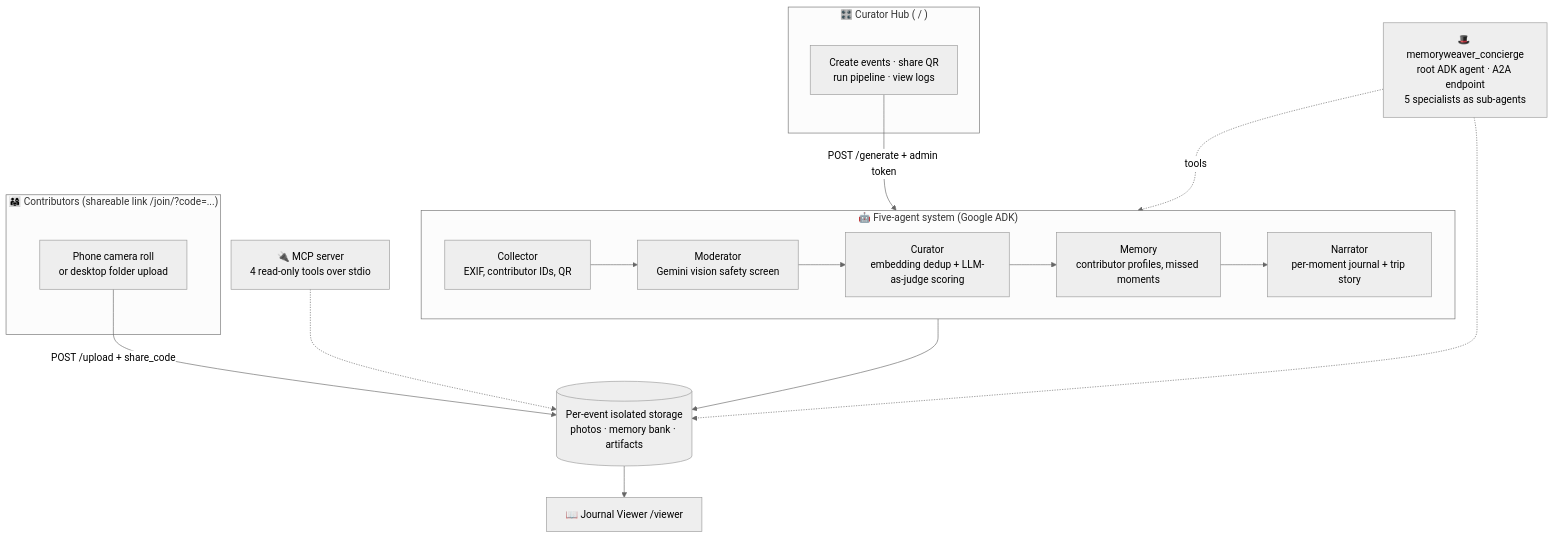
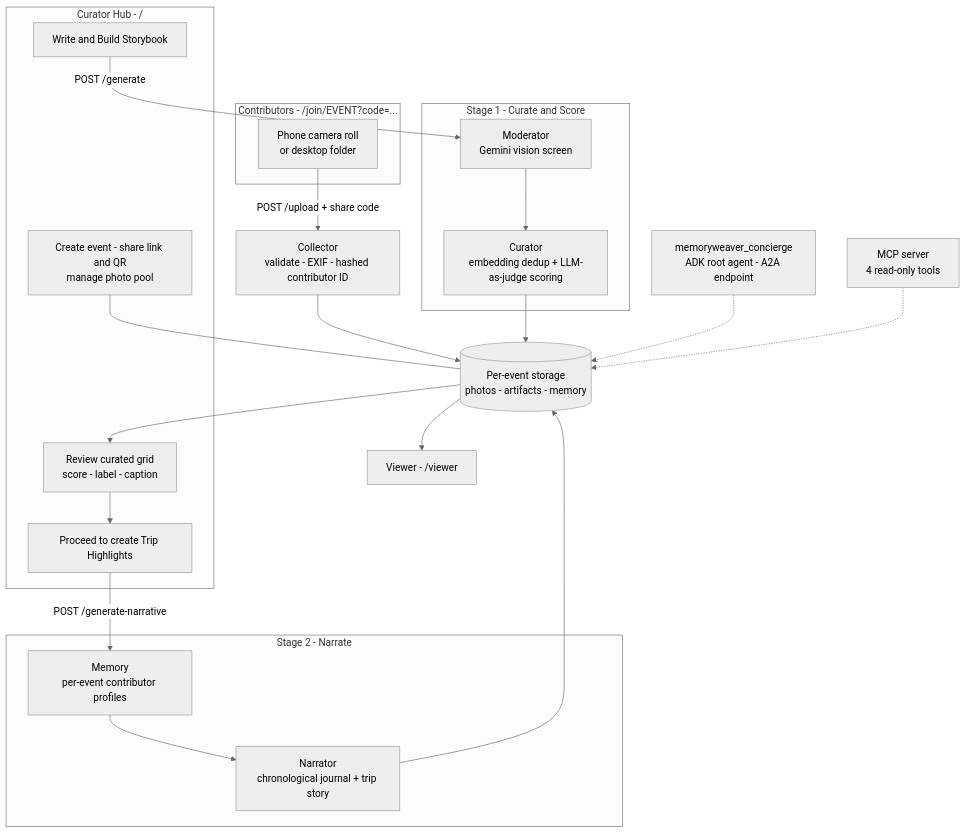
One commit to MysticRuse/MemoryWeaver changed the diagram in README.md. Above: the diagram before and after it, drawn with Mermaid (neutral theme). The commit also changed other lines of this file and 2 other files, not shown here.

First line of the commit message:
Rewrite README to match the current code

````diff
--- a/README.md
+++ b/README.md
@@ -15,32 +23,38 @@
 ```mermaid
 flowchart TD
-    subgraph Contributors["👨‍👩‍👧 Contributors (shareable link /join/<event>?code=...)"]
-        C1[Phone camera roll<br/>or desktop folder upload]
+    subgraph Contributors["Contributors - /join/EVENT?code=..."]
+        C1[Phone camera roll<br/>or desktop folder]
     end
 
-    subgraph Admin["🎛️ Curator Hub ( / )"]
-        A1[Create events · share QR<br/>run pipeline · view logs]
+    COL[Collector<br/>validate - EXIF - hashed contributor ID]
+    STORE[(Per-event storage<br/>photos - artifacts - memory)]
+
+    subgraph Hub["Curator Hub - /"]
+        H1[Create event - share link and QR<br/>manage photo pool]
+        H2[Write and Build Storybook]
+        H3[Review curated grid<br/>score - label - caption]
+        H4[Proceed to create Trip Highlights]
     end
 
-    subgraph Agents["🤖 Five-agent system (Google ADK)"]
-        COL[Collector<br/>EXIF, contributor IDs, QR]
-        MOD[Moderator<br/>Gemini vision safety screen]
+    subgraph S1["Stage 1 - Curate and Score"]
+        MOD[Moderator<br/>Gemini vision screen]
         CUR[Curator<br/>embedding dedup + LLM-as-judge scoring]
-        MEM[Memory<br/>contributor profiles, missed moments]
-        NAR[Narrator<br/>per-moment journal + trip story]
-        COL --> MOD --> CUR --> MEM --> NAR
     end
 
-    CONC[🎩 memoryweaver_concierge<br/>root ADK agent · A2A endpoint<br/>5 specialists as sub-agents]
-    MCP[🔌 MCP server<br/>4 read-only tools over stdio]
-    STORE[(Per-event isolated storage<br/>photos · memory bank · artifacts)]
-    VIEW[📖 Journal Viewer /viewer]
+    subgraph S2["Stage 2 - Narrate"]
+        MEM[Memory<br/>per-event contributor profiles]
+        NAR[Narrator<br/>chronological journal + trip story]
+    end
 
-    C1 -->|POST /upload + share_code| STORE
-    A1 -->|POST /generate + admin token| Agents
-    Agents --> STORE
+    VIEW[Viewer - /viewer]
+    CONC[memoryweaver_concierge<br/>ADK root agent - A2A endpoint]
+    MCP[MCP server<br/>4 read-only tools]
+
+    C1 -->|POST /upload + share code| COL --> STORE
+    H1 --- STORE
+    H2 -->|POST /generate| MOD --> CUR --> STORE
+    STORE --> H3 --> H4 -->|POST /generate-narrative| MEM --> NAR --> STORE
     STORE --> VIEW
-    CONC -.tools.-> Agents
     CONC -.-> STORE
     MCP -.-> STORE
 ```
````
